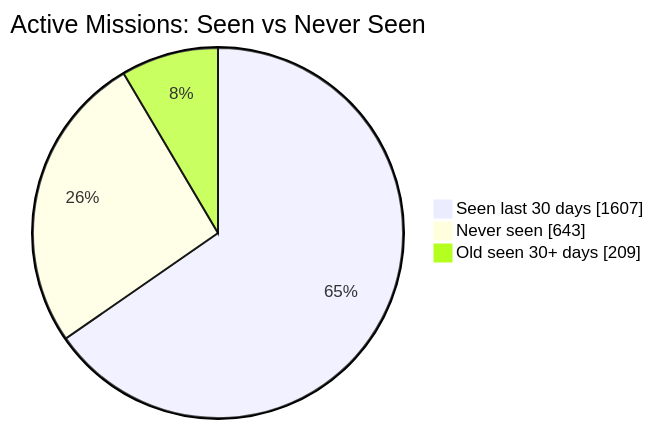
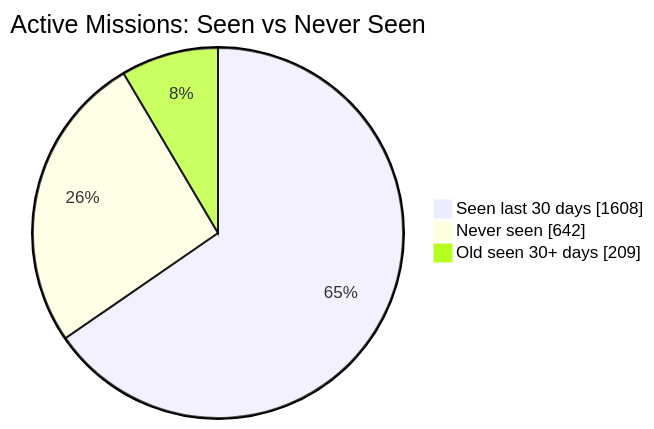
Before and after one commit to MeldkamerspelGameTeam/active-missions: the first of 2 diagrams in README.md, drawn with Mermaid. The commit also changed other lines of this file and 2 other files, not shown here.

````diff
--- a/README.md
+++ b/README.md
@@ -34,7 +34,7 @@
 ```mermaid
 pie showData
     title Active Missions: Seen vs Never Seen
-    "Seen last 30 days" : 1607
-    "Never seen" : 643
+    "Seen last 30 days" : 1608
+    "Never seen" : 642
     "Old seen 30+ days" : 209
 ```
````
